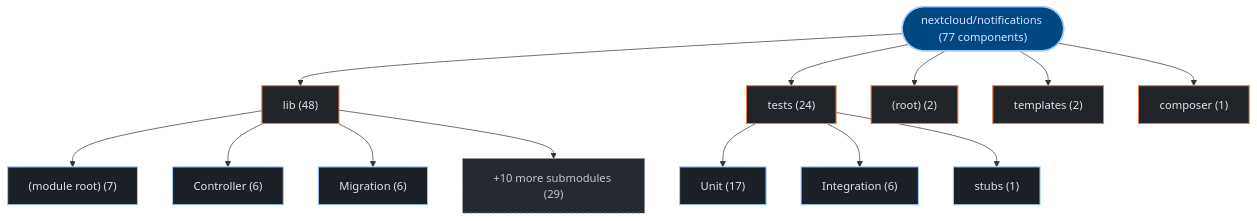
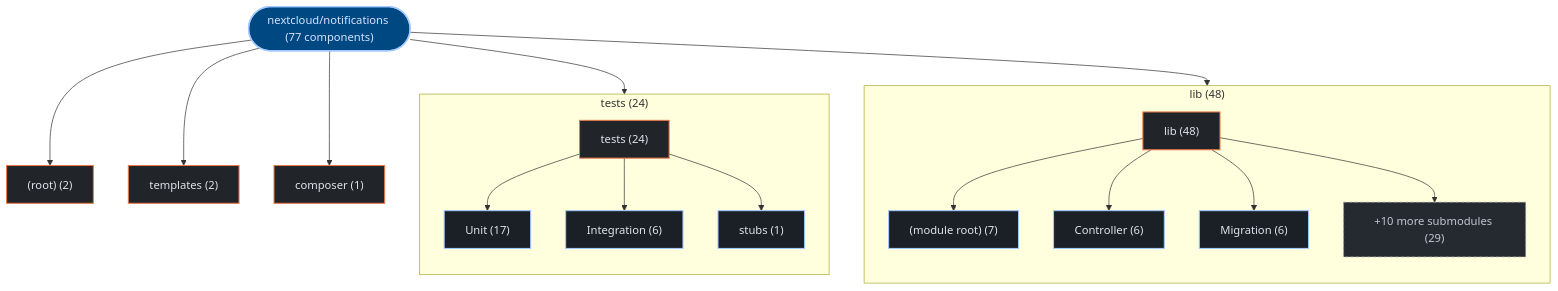
One commit to kumarshaz/atruss-code-atlas changed the first of 2 diagrams in exports/latest/reports/nextcloud-notifications-report.md. Above: the diagram before and after it, drawn with Mermaid. The commit also changed 178 other files, not shown here.

Commit message:
feat(ui,mermaid): upgrade to mermaid v12 + ELK layout, add orgs-summary + pagination, subgraph building blocks, fix tab alignment

````diff
--- a/exports/latest/reports/nextcloud-notifications-report.md
+++ b/exports/latest/reports/nextcloud-notifications-report.md
@@ -42,35 +42,41 @@
 ```mermaid
 graph TD;
   classDef atlasRoot fill:#004882,stroke:#a3c9ff,stroke-width:2px,color:#d3e4ff
   classDef atlasCategory fill:#212428,stroke:#E87A48,stroke-width:1.5px,color:#dfe3eb
   classDef atlasWorkflow fill:#1b2026,stroke:#a3c9ff,stroke-width:1.5px,color:#dfe3eb
   classDef atlasJob fill:#171c22,stroke:#8d9199,stroke-width:1px,color:#dfe3eb
   classDef atlasTarget fill:#005227,stroke:#8bd99b,stroke-width:1.5px,color:#a7f6b6
   classDef atlasAlert fill:#93000a,stroke:#ffb4ab,stroke-width:1.5px,color:#ffdad6
   classDef atlasMore fill:#252a31,stroke:#8d9199,stroke-dasharray:4 4,color:#c3c6cf
     repo_root(["nextcloud/notifications (77 components)"]):::atlasRoot
-    dir_0_lib["lib (48)"]:::atlasCategory
+    subgraph sg_dir_0_lib["lib (48)"]
+      direction TB
+      dir_0_lib["lib (48)"]:::atlasCategory
+      sub_0_0__module_root_["(module root) (7)"]:::atlasWorkflow
+      dir_0_lib --> sub_0_0__module_root_
+      sub_0_1_Controller["Controller (6)"]:::atlasWorkflow
+      dir_0_lib --> sub_0_1_Controller
+      sub_0_2_Migration["Migration (6)"]:::atlasWorkflow
+      dir_0_lib --> sub_0_2_Migration
+      sub_0_more["+10 more submodules (29)"]:::atlasMore
+      dir_0_lib --> sub_0_more
+    end
     repo_root --> dir_0_lib
-    sub_0_0__module_root_["(module root) (7)"]:::atlasWorkflow
-    dir_0_lib --> sub_0_0__module_root_
-    sub_0_1_Controller["Controller (6)"]:::atlasWorkflow
-    dir_0_lib --> sub_0_1_Controller
-    sub_0_2_Migration["Migration (6)"]:::atlasWorkflow
-    dir_0_lib --> sub_0_2_Migration
-    sub_0_more["+10 more submodules (29)"]:::atlasMore
-    dir_0_lib --> sub_0_more
-    dir_1_tests["tests (24)"]:::atlasCategory
+    subgraph sg_dir_1_tests["tests (24)"]
+      direction TB
+      dir_1_tests["tests (24)"]:::atlasCategory
+      sub_1_0_Unit["Unit (17)"]:::atlasWorkflow
+      dir_1_tests --> sub_1_0_Unit
+      sub_1_1_Integration["Integration (6)"]:::atlasWorkflow
+      dir_1_tests --> sub_1_1_Integration
+      sub_1_2_stubs["stubs (1)"]:::atlasWorkflow
+      dir_1_tests --> sub_1_2_stubs
+    end
     repo_root --> dir_1_tests
-    sub_1_0_Unit["Unit (17)"]:::atlasWorkflow
-    dir_1_tests --> sub_1_0_Unit
-    sub_1_1_Integration["Integration (6)"]:::atlasWorkflow
-    dir_1_tests --> sub_1_1_Integration
-    sub_1_2_stubs["stubs (1)"]:::atlasWorkflow
-    dir_1_tests --> sub_1_2_stubs
     dir_2__root_["(root) (2)"]:::atlasCategory
     repo_root --> dir_2__root_
     dir_3_templates["templates (2)"]:::atlasCategory
     repo_root --> dir_3_templates
     dir_4_composer["composer (1)"]:::atlasCategory
     repo_root --> dir_4_composer
 ```
````
